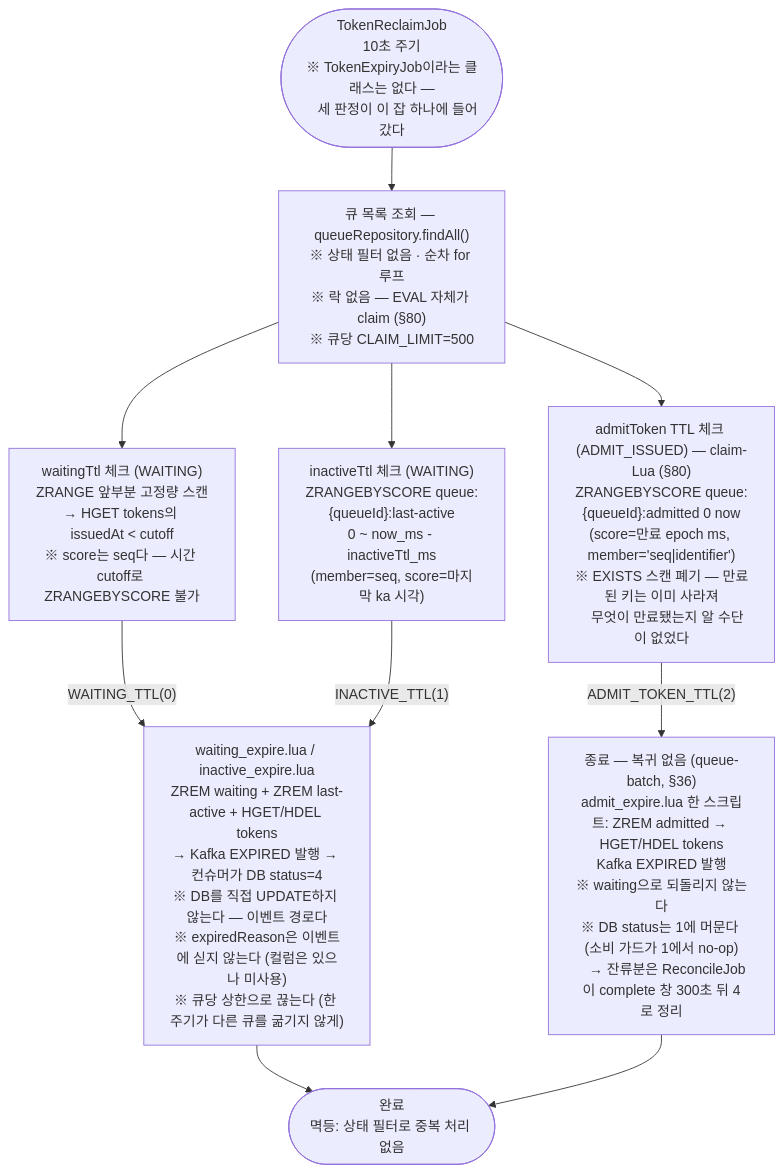
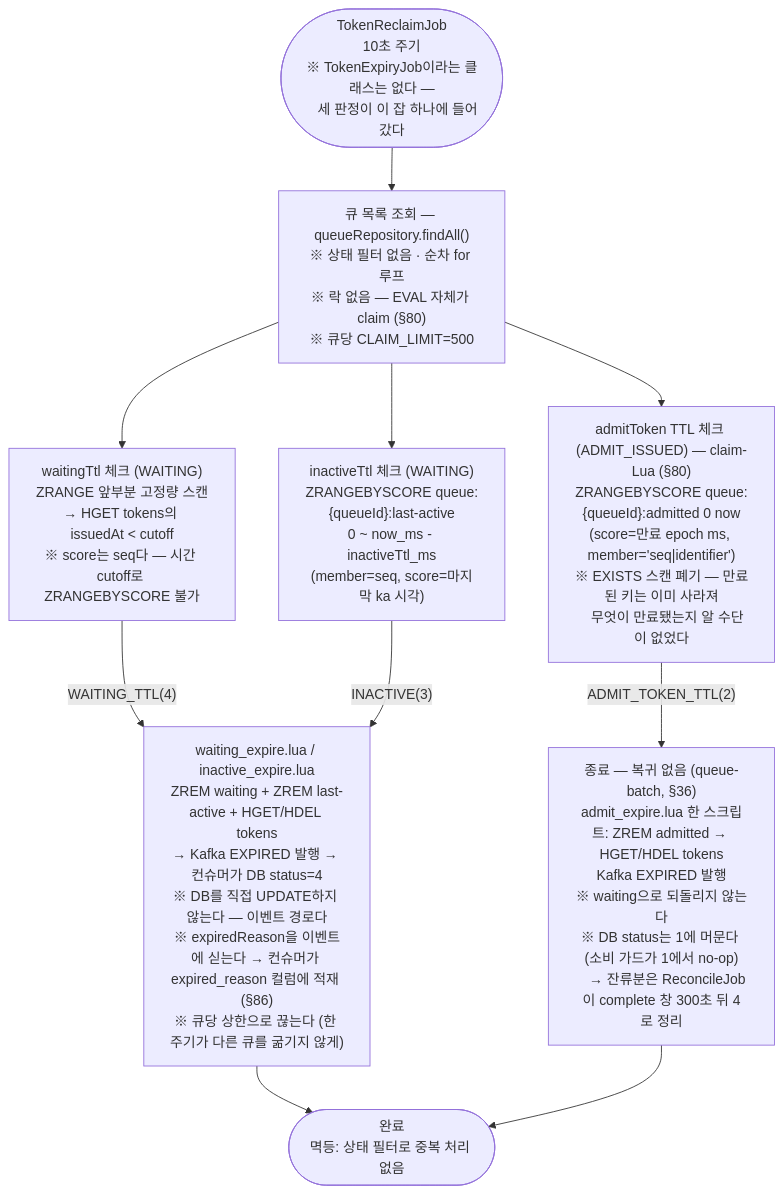
One commit to S-Onix/queue-platform changed the fifth of 8 diagrams in doc/FLOW.md. Above: the diagram before and after it, drawn with Mermaid. The commit also changed other lines of this file and 14 other files, not shown here.

````diff
--- a/doc/FLOW.md
+++ b/doc/FLOW.md
@@ -240,19 +230,19 @@
 ```mermaid
 flowchart TD
     JOB(["TokenReclaimJob\n10초 주기\n※ TokenExpiryJob이라는 클래스는 없다 —\n   세 판정이 이 잡 하나에 들어갔다"])
     --> ALIST["큐 목록 조회 — queueRepository.findAll()\n※ 상태 필터 없음 · 순차 for 루프\n※ 락 없음 — EVAL 자체가 claim (§80)\n※ 큐당 CLAIM_LIMIT=500"]
 
     ALIST --> W1 & W2 & W3
 
     W1["waitingTtl 체크 (WAITING)\nZRANGE 앞부분 고정량 스캔\n→ HGET tokens의 issuedAt < cutoff\n※ score는 seq다 — 시간 cutoff로 ZRANGEBYSCORE 불가"]
     W2["inactiveTtl 체크 (WAITING)\nZRANGEBYSCORE queue:{queueId}:last-active\n0 ~ now_ms - inactiveTtl_ms\n(member=seq, score=마지막 ka 시각)"]
     W3["admitToken TTL 체크 (ADMIT_ISSUED) — claim-Lua (§80)\nZRANGEBYSCORE queue:{queueId}:admitted 0 now\n(score=만료 epoch ms, member='seq|identifier')\n※ EXISTS 스캔 폐기 — 만료된 키는 이미 사라져\n   무엇이 만료됐는지 알 수단이 없었다"]
 
-    W1 -->|"WAITING_TTL(0)"| EXP["waiting_expire.lua / inactive_expire.lua\nZREM waiting + ZREM last-active + HGET/HDEL tokens\n→ Kafka EXPIRED 발행 → 컨슈머가 DB status=4\n※ DB를 직접 UPDATE하지 않는다 — 이벤트 경로다\n※ expiredReason은 이벤트에 싣지 않는다 (컬럼은 있으나 미사용)\n※ 큐당 상한으로 끊는다 (한 주기가 다른 큐를 굶기지 않게)"]
-    W2 -->|"INACTIVE_TTL(1)"| EXP
+    W1 -->|"WAITING_TTL(4)"| EXP["waiting_expire.lua / inactive_expire.lua\nZREM waiting + ZREM last-active + HGET/HDEL tokens\n→ Kafka EXPIRED 발행 → 컨슈머가 DB status=4\n※ DB를 직접 UPDATE하지 않는다 — 이벤트 경로다\n※ expiredReason을 이벤트에 싣는다 → 컨슈머가 expired_reason 컬럼에 적재 (§86)\n※ 큐당 상한으로 끊는다 (한 주기가 다른 큐를 굶기지 않게)"]
+    W2 -->|"INACTIVE(3)"| EXP
 
     W3 -->|"ADMIT_TOKEN_TTL(2)"| BACK["종료 — 복귀 없음 (queue-batch, §36)\nadmit_expire.lua 한 스크립트: ZREM admitted → HGET/HDEL tokens\nKafka EXPIRED 발행\n※ waiting으로 되돌리지 않는다\n※ DB status는 1에 머문다 (소비 가드가 1에서 no-op)\n   → 잔류분은 ReconcileJob이 complete 창 300초 뒤 4로 정리"]
 
     EXP --> DONE(["완료\n멱등: 상태 필터로 중복 처리 없음"])
     BACK --> DONE
 ```
````
